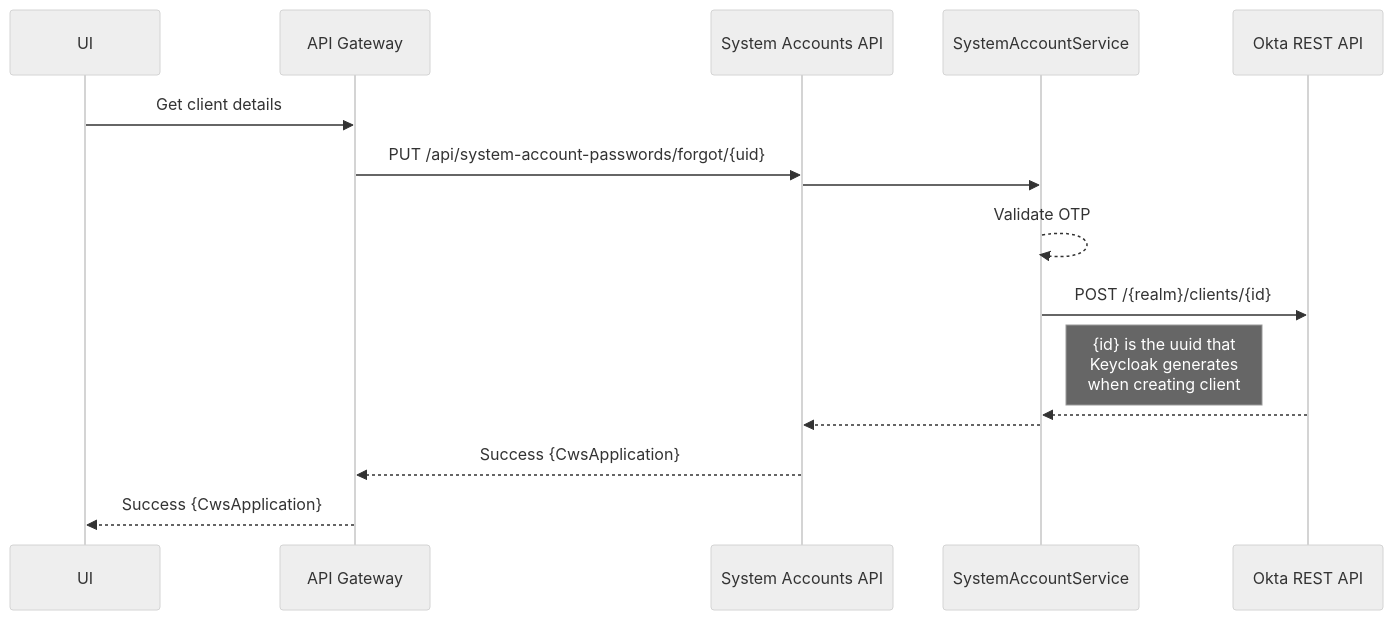
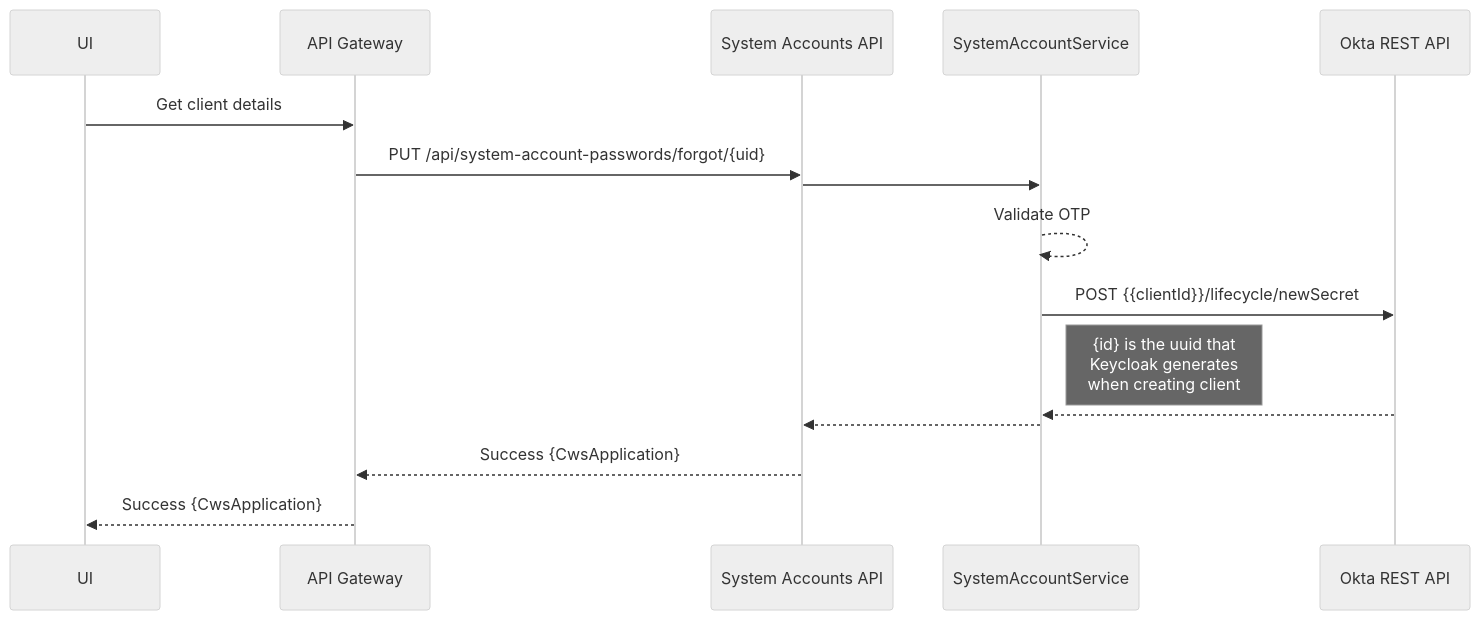
One commit to venuduggireddy/slakedit changed the third of 4 diagrams in README.md. Above: the diagram before and after it, drawn with Mermaid (neutral theme). The commit also changed other lines of this file, not shown here.

````diff
--- a/README.md
+++ b/README.md
@@ -119,13 +119,13 @@
 ```mermaid
 sequenceDiagram
 UI ->> API Gateway: Get client details
 API Gateway->>System Accounts API: PUT /api/system-account-passwords/forgot/{uid}
 System Accounts API ->> SystemAccountService:  
 SystemAccountService -->> SystemAccountService: Validate OTP
-SystemAccountService ->> Okta REST API: POST /{realm}/clients/{id}
+SystemAccountService ->> Okta REST API: POST {{clientId}}/lifecycle/newSecret
 Note right of SystemAccountService : {id} is the uuid that <br/>Keycloak generates <br/>when creating client
 Okta REST API -->> SystemAccountService: 
 SystemAccountService -->> System Accounts API: 
 System Accounts API -->> API Gateway: Success {CwsApplication}
 API Gateway -->> UI: Success {CwsApplication}
 ```
````
